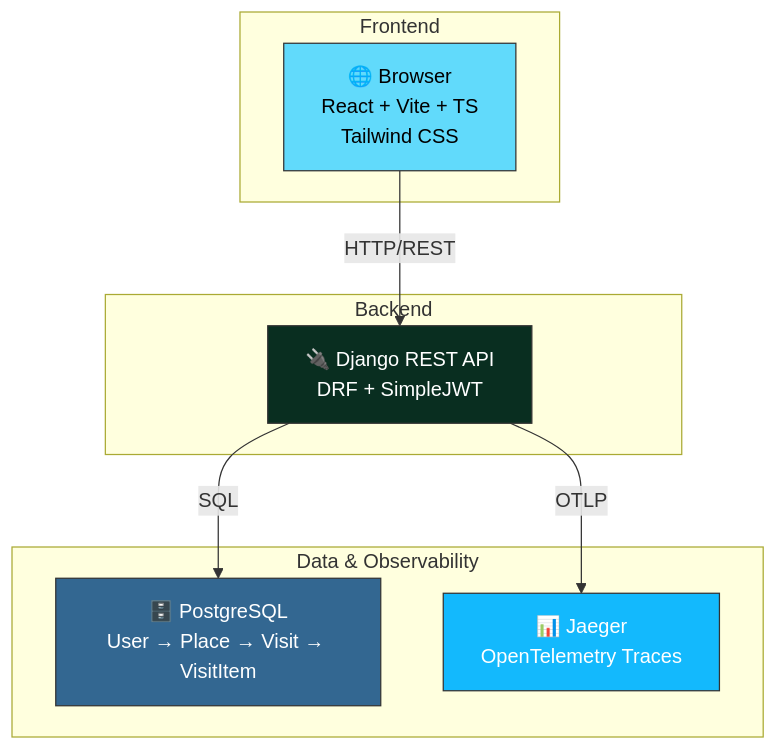
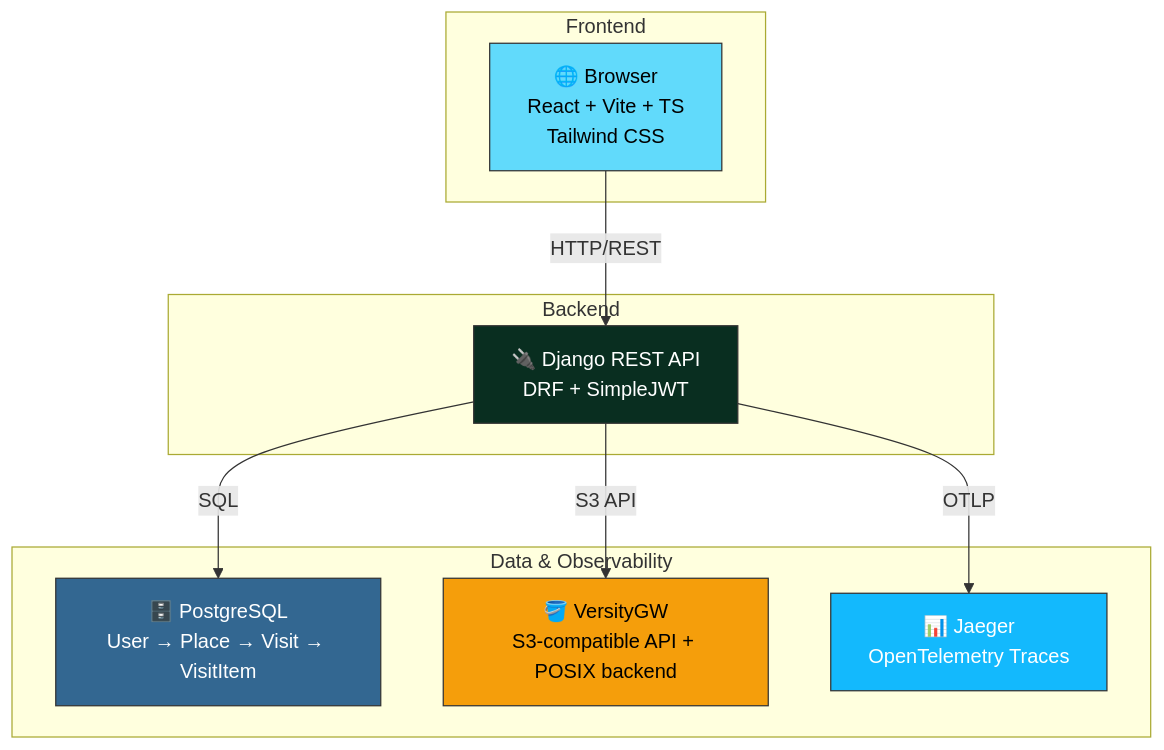
The diagram in README.md (samuel-aka-viana/bora-ali), drawn with Mermaid before and after one commit. The commit also changed other lines of this file, not shown here.

````diff
--- a/README.md
+++ b/README.md
@@ -15,24 +15,27 @@
 ```mermaid
 graph TB
     subgraph Frontend["Frontend"]
         Browser["🌐 Browser<br/>React + Vite + TS<br/>Tailwind CSS"]
     end
     
     subgraph Backend["Backend"]
         API["🔌 Django REST API<br/>DRF + SimpleJWT"]
     end
     
     subgraph Database["Data & Observability"]
         DB["🗄️ PostgreSQL<br/>User → Place → Visit → VisitItem"]
+        Storage["🪣 VersityGW<br/>S3-compatible API + POSIX backend"]
         Jaeger["📊 Jaeger<br/>OpenTelemetry Traces"]
     end
     
     Browser -->|HTTP/REST| API
     API -->|SQL| DB
+    API -->|S3 API| Storage
     API -->|OTLP| Jaeger
     
     style Browser fill:#61dafb,stroke:#333,color:#000
     style API fill:#092e20,stroke:#333,color:#fff
     style DB fill:#336791,stroke:#333,color:#fff
+    style Storage fill:#f59e0b,stroke:#333,color:#000
     style Jaeger fill:#13b9fd,stroke:#333,color:#fff
 ```
````
